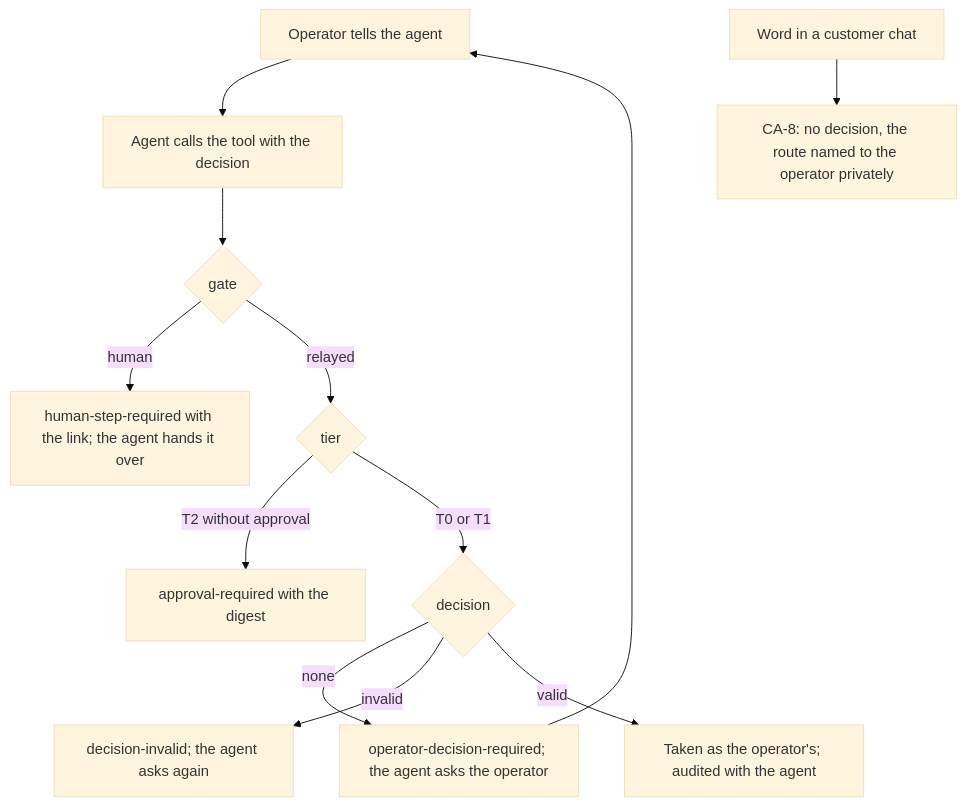
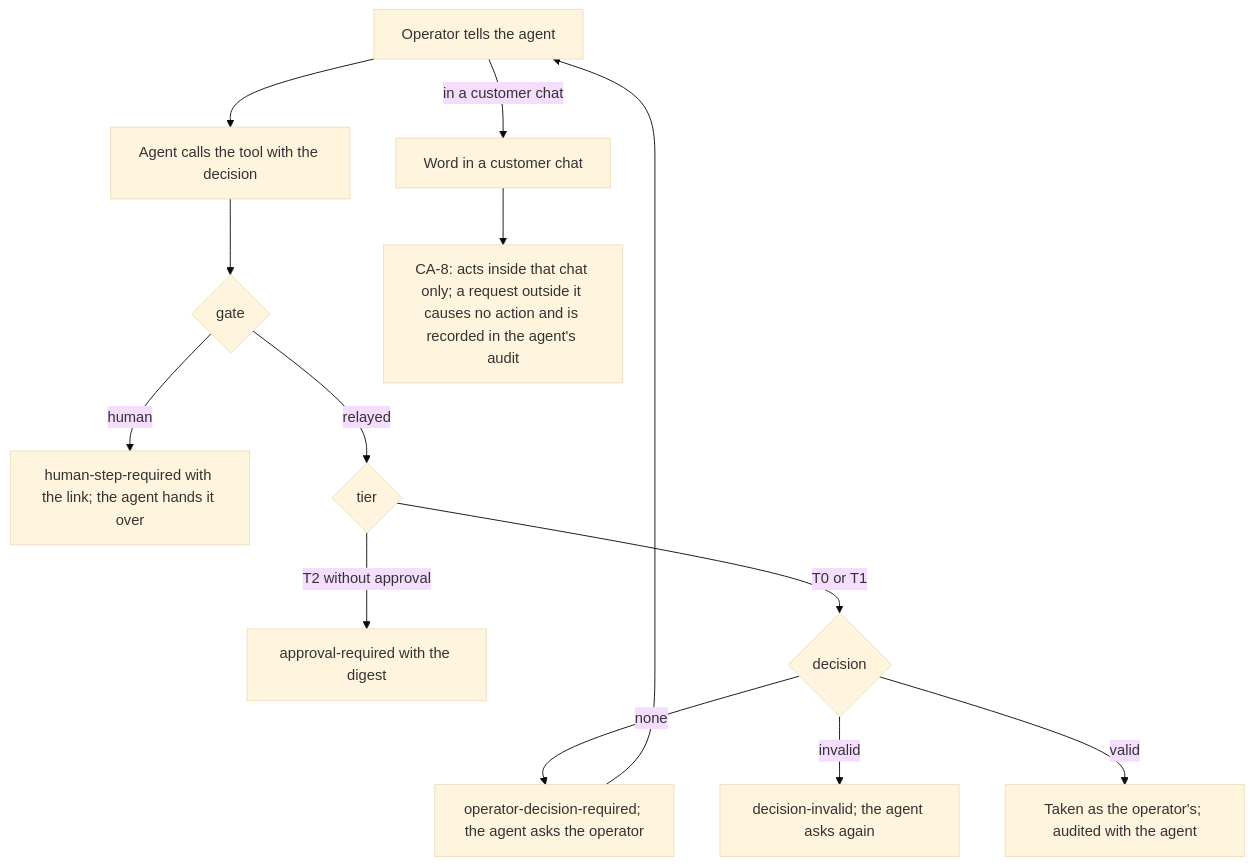
Before and after one commit to passioncode-ai/fabric-agent-contract: diagram 29 of 34 in docs/ux/flows.md, drawn with Mermaid (base theme). The commit also changed 8 other files, not shown here.

````diff
--- a/docs/ux/flows.md
+++ b/docs/ux/flows.md
@@ -745,14 +745,15 @@
 ```mermaid
 flowchart TD
   O[Operator tells the agent] --> C[Agent calls the tool with the decision]
   C --> G{gate}
   G -->|human| H[human-step-required with the link; the agent hands it over]
   G -->|relayed| T{tier}
   T -->|T2 without approval| A[approval-required with the digest]
   T -->|T0 or T1| D{decision}
   D -->|none| Q[operator-decision-required; the agent asks the operator]
   Q --> O
   D -->|invalid| I[decision-invalid; the agent asks again]
   D -->|valid| R[Taken as the operator's; audited with the agent]
-  W[Word in a customer chat] --> K[CA-8: no decision, the route named to the operator privately]
+  O -->|in a customer chat| W[Word in a customer chat]
+  W --> K[CA-8: acts inside that chat only; a request outside it causes no action and is recorded in the agent's audit]
 ```
````
